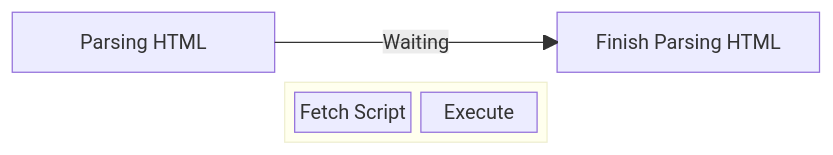
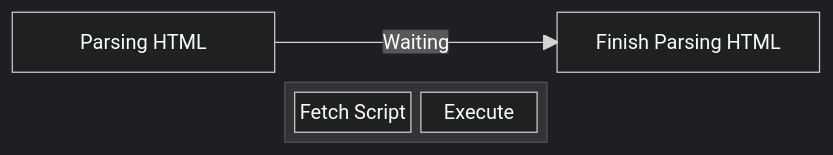
The first of 4 diagrams in README.md (abhinaya-aryal/javascript_note), drawn with Mermaid before and after one commit. The commit also changed other lines of this file, not shown here.

Commit message:
mermaid diagram added

````diff
--- a/README.md
+++ b/README.md
@@ -2591,12 +2600,12 @@
 ```mermaid
+%%{init: {'theme':'dark'}}%%
 block-beta
   columns 3
-  a["Parsing HTML"] space c["Finish Parsing HTML"]
-  a--"Waiting"--->c
+  a["Parsing HTML"] space b["Finish Parsing HTML"]
+  a--"Waiting"--->b
   space
   block
-  columns 2
-  d["Fetch Script"] e["Execute"]
+  columns 3
+  c["Fetch Script"] d["Execute"]
   end
-  space
 ```
````
